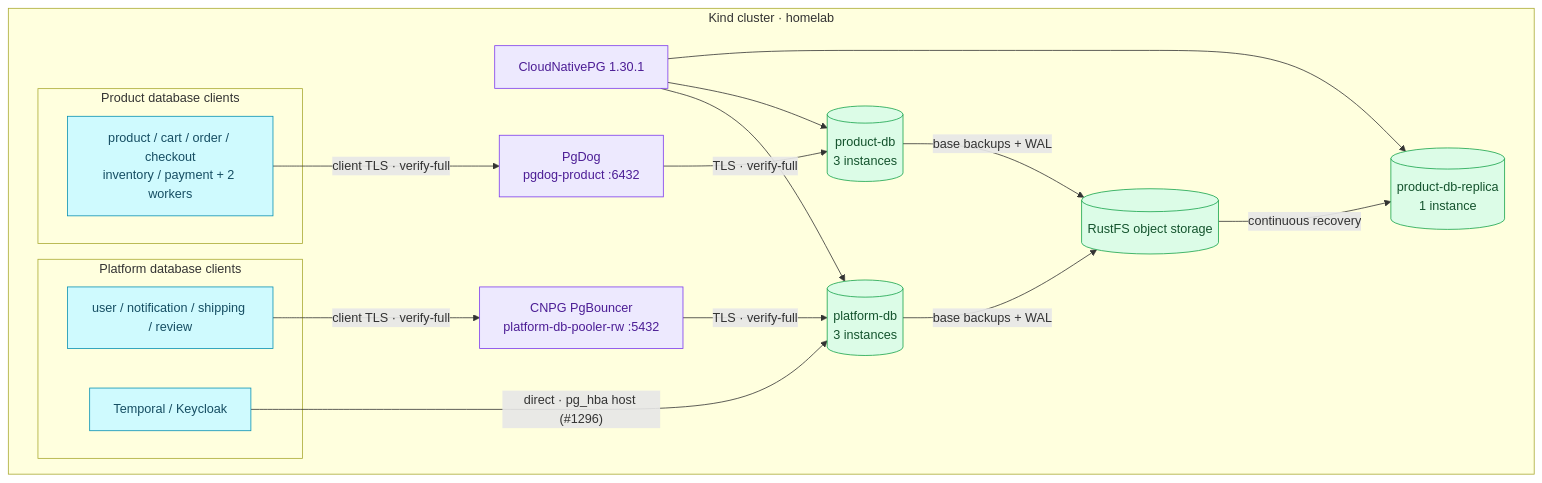
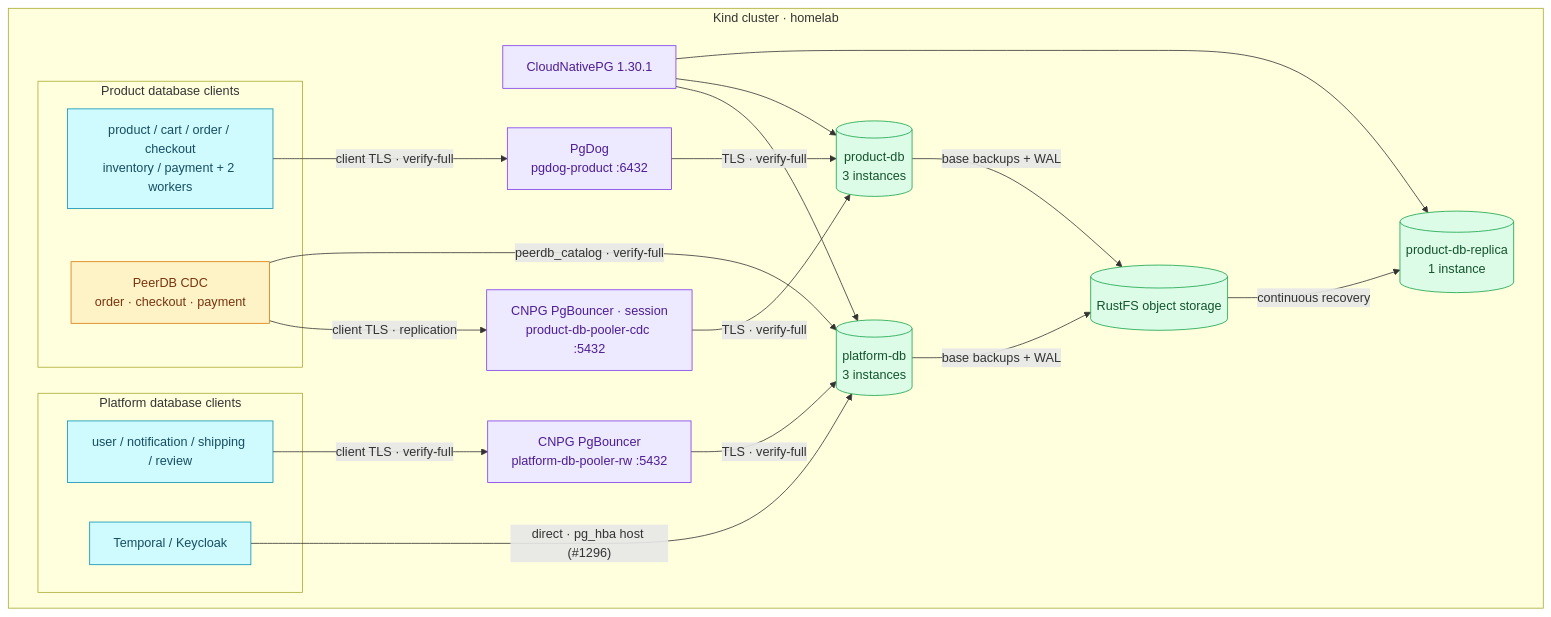
Before and after one commit to duynhlab/homelab: the diagram in docs/databases/architecture.md, drawn with Mermaid. The commit also changed 11 other files, not shown here.

Commit message:
Redraw RFC-0030's Mermaid diagrams as deployed (#1385)

````diff
--- a/docs/databases/architecture.md
+++ b/docs/databases/architecture.md
@@ -24,39 +24,45 @@
 ```mermaid
 flowchart TB
     subgraph Kind["Kind cluster · homelab"]
         CNPG["CloudNativePG 1.30.1"]
 
         subgraph PlatformClients["Platform database clients"]
             PlatformApps["user / notification / shipping / review"]
             DirectPlatform["Temporal / Keycloak"]
         end
 
         subgraph ProductClients["Product database clients"]
             ProductApps["product / cart / order / checkout<br/>inventory / payment + 2 workers"]
+            PeerDB["PeerDB CDC<br/>order · checkout · payment"]
         end
 
         PgBouncer["CNPG PgBouncer<br/>platform-db-pooler-rw :5432"]
         PgDog["PgDog<br/>pgdog-product :6432"]
+        CDCPool["CNPG PgBouncer · session<br/>product-db-pooler-cdc :5432"]
         Platform[("platform-db<br/>3 instances")]
         Product[("product-db<br/>3 instances")]
         DR[("product-db-replica<br/>1 instance")]
         Store[("RustFS object storage")]
     end
 
     CNPG --> Platform
     CNPG --> Product
     CNPG --> DR
     PlatformApps -->|"client TLS · verify-full"| PgBouncer -->|"TLS · verify-full"| Platform
     DirectPlatform -->|"direct · pg_hba host (#1296)"| Platform
     ProductApps -->|"client TLS · verify-full"| PgDog -->|"TLS · verify-full"| Product
+    PeerDB -->|"client TLS · replication"| CDCPool -->|"TLS · verify-full"| Product
+    PeerDB -->|"peerdb_catalog · verify-full"| Platform
     Platform -->|"base backups + WAL"| Store
     Product -->|"base backups + WAL"| Store
     Store -->|"continuous recovery"| DR
 
     classDef service fill:#cffafe,color:#164e63,stroke:#0891b2;
     classDef platform fill:#ede9fe,color:#4c1d95,stroke:#7c3aed;
     classDef data fill:#dcfce7,color:#14532d,stroke:#16a34a;
-    class CNPG,PgBouncer,PgDog platform;
+    classDef worker fill:#fef3c7,color:#78350f,stroke:#d97706;
+    class CNPG,PgBouncer,PgDog,CDCPool platform;
     class PlatformApps,DirectPlatform,ProductApps service;
+    class PeerDB worker;
     class Platform,Product,DR,Store data;
 ```
````
